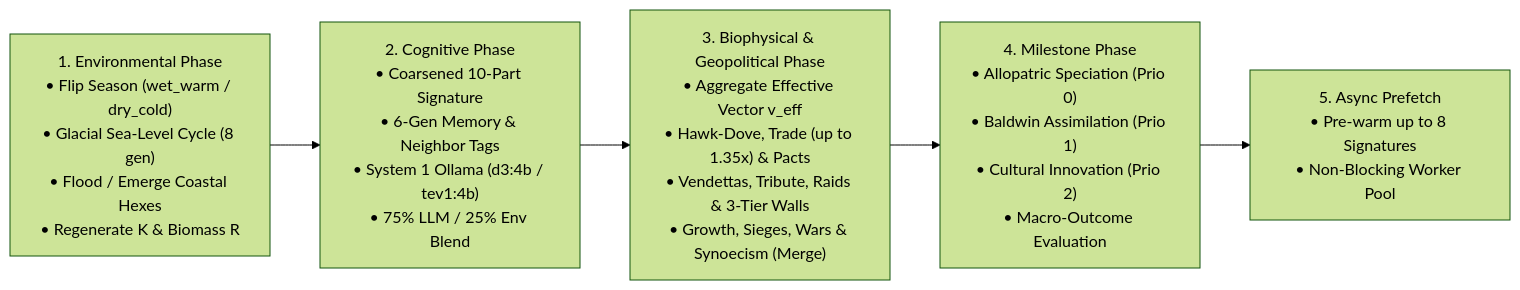
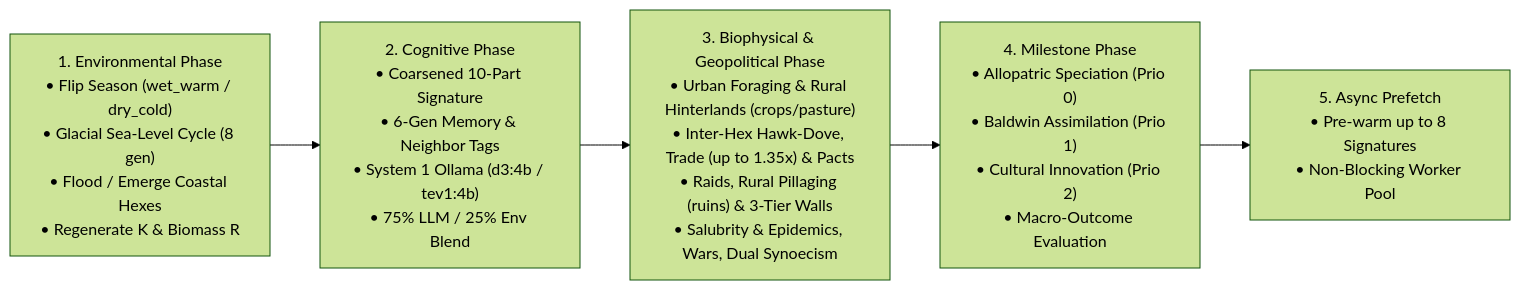
The diagram in gh-pages/index.md (arrase/Evolution), drawn with Mermaid (forest theme) before and after one commit. The commit also changed other lines of this file and 187 other files, not shown here.

Commit message:
feat(world,engine): 1-deme-per-hex 169-hex urban/rural simulation & 2.5D illustrated shader world

````diff
--- a/gh-pages/index.md
+++ b/gh-pages/index.md
@@ -111,7 +116,7 @@
 ```mermaid
 flowchart LR
     Env["1. Environmental Phase\n• Flip Season (wet_warm / dry_cold)\n• Glacial Sea-Level Cycle (8 gen)\n• Flood / Emerge Coastal Hexes\n• Regenerate K & Biomass R"] --> Cog["2. Cognitive Phase\n• Coarsened 10-Part Signature\n• 6-Gen Memory & Neighbor Tags\n• System 1 Ollama (d3:4b / tev1:4b)\n• 75% LLM / 25% Env Blend"]
-    Cog --> Bio["3. Biophysical & Geopolitical Phase\n• Aggregate Effective Vector v_eff\n• Hawk-Dove, Trade (up to 1.35x) & Pacts\n• Vendettas, Tribute, Raids & 3-Tier Walls\n• Growth, Sieges, Wars & Synoecism (Merge)"]
+    Cog --> Bio["3. Biophysical & Geopolitical Phase\n• Urban Foraging & Rural Hinterlands (crops/pasture)\n• Inter-Hex Hawk-Dove, Trade (up to 1.35x) & Pacts\n• Raids, Rural Pillaging (ruins) & 3-Tier Walls\n• Salubrity & Epidemics, Wars, Dual Synoecism"]
     Bio --> Mile["4. Milestone Phase\n• Allopatric Speciation (Prio 0)\n• Baldwin Assimilation (Prio 1)\n• Cultural Innovation (Prio 2)\n• Macro-Outcome Evaluation"]
     Mile --> Prefetch["5. Async Prefetch\n• Pre-warm up to 8 Signatures\n• Non-Blocking Worker Pool"]
 ```
````
